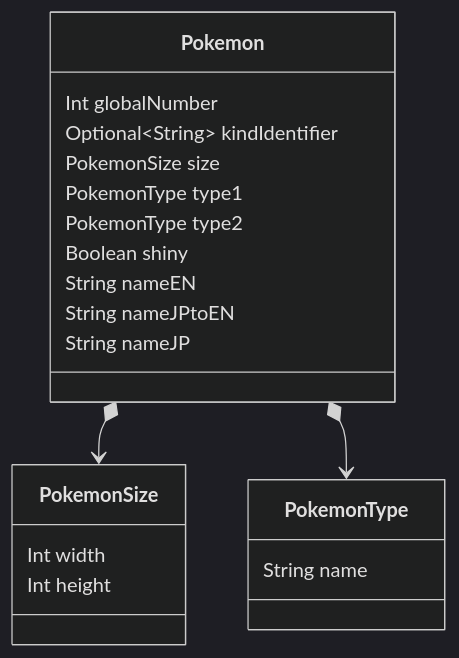
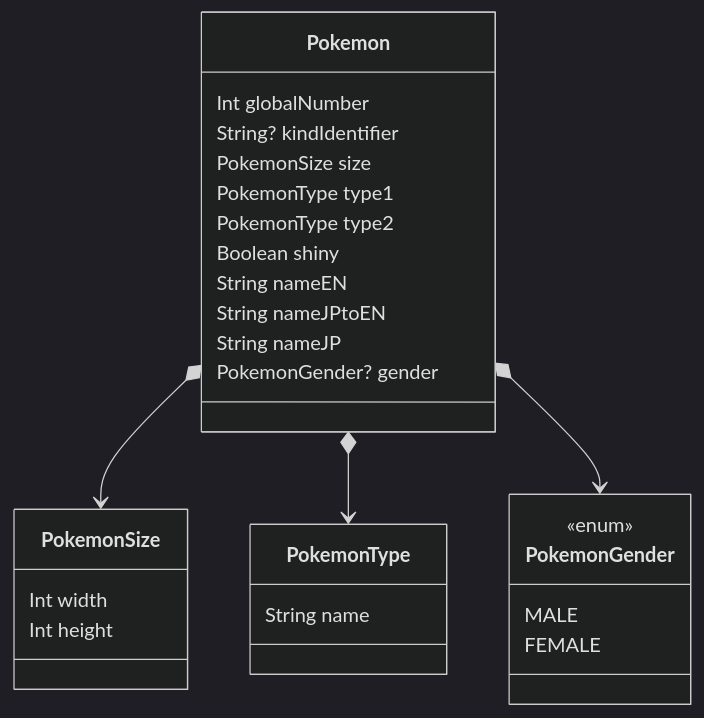
The diagram in pokemon-class.md (O6lvl4/pokemon-doc), drawn with Mermaid (dark theme) before and after one commit.

Commit message:
Add pokemon gender

````diff
--- a/pokemon-class.md
+++ b/pokemon-class.md
@@ -1,26 +1,34 @@
 ```mermaid
 classDiagram
 
     class Pokemon {
         Int globalNumber
-        Optional~String~ kindIdentifier
+        String? kindIdentifier
         PokemonSize size
         PokemonType type1
         PokemonType type2
         Boolean shiny
         String nameEN
         String nameJPtoEN
         String nameJP
+        PokemonGender? gender
     }
     Pokemon *--> PokemonSize
     Pokemon *--> PokemonType
+    Pokemon *--> PokemonGender
 
     class PokemonSize {
         Int width
         Int height
     }
 
     class PokemonType {
         String name
     }
+
+    class PokemonGender {
+        <<enum>>
+        MALE
+        FEMALE
+    }
 ```
````
